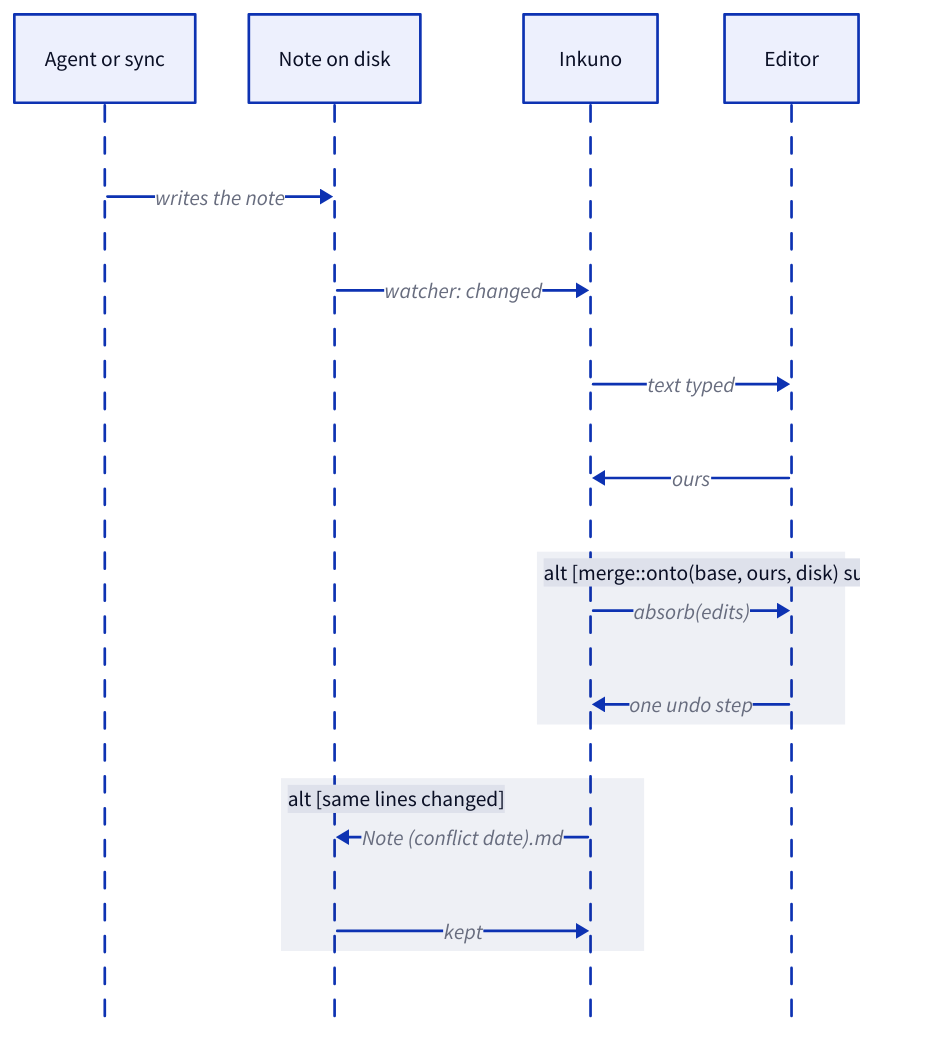
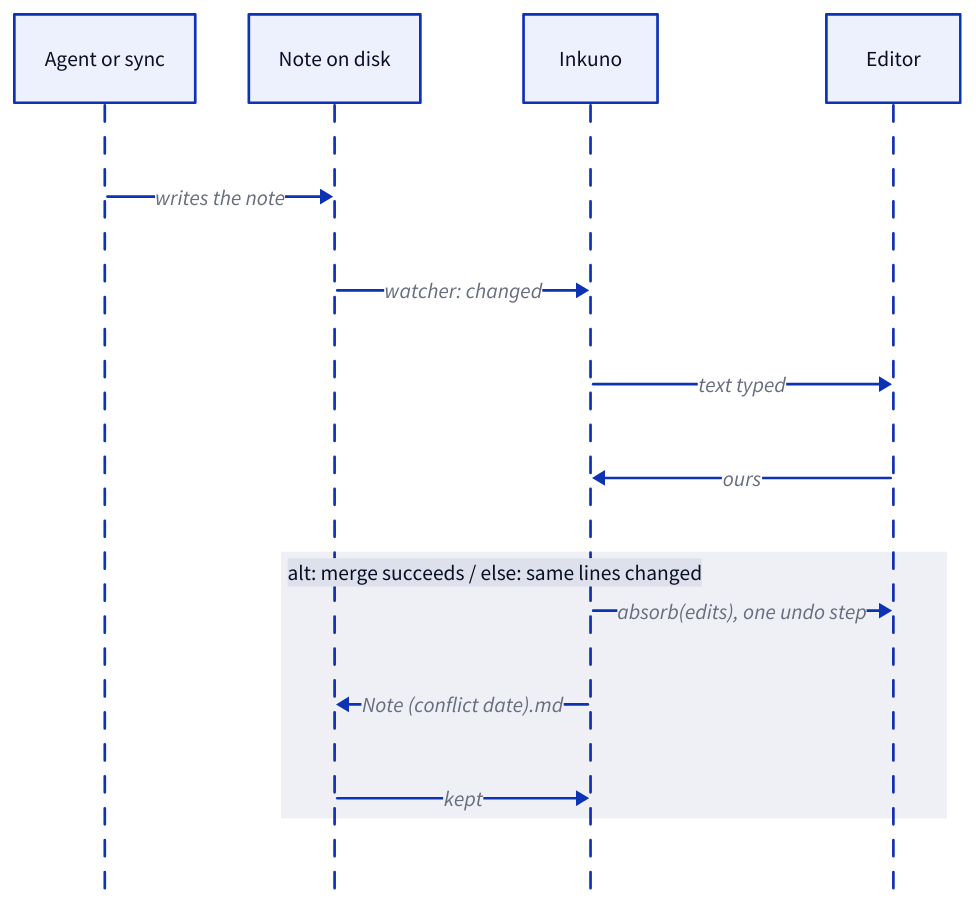
The diagram in docs/diagrams/note-written-elsewhere.d2 (kolisachint/inkuno), drawn with D2 before and after one commit. The commit also changed 3 other files, not shown here.

First line of the commit message:
docs: describe the background autosave and fix the conflict diagram

```diff
--- a/docs/diagrams/note-written-elsewhere.d2
+++ b/docs/diagrams/note-written-elsewhere.d2
@@ -1,22 +1,19 @@
 # A note written by another program while it is typed in: merged, or kept as a conflict copy.
 shape: sequence_diagram
 
 agent: "Agent or sync"
 disk: "Note on disk"
 ink: "Inkuno"
 editor: "Editor"
 
 agent -> disk: writes the note
 disk -> ink: watcher: changed
 ink -> editor: text typed
 editor -> ink: ours
 
-"alt [merge::onto(base, ours, disk) succeeds]": {
-  ink -> editor: absorb(edits)
-  editor -> ink: one undo step
-}
-
-"alt [same lines changed]": {
+"alt: merge succeeds / else: same lines changed": {
+  ink -> editor: absorb(edits), one undo step
+  # else: same lines changed (d2 has no else; these messages are the alternative)
   ink -> disk: Note (conflict date).md
   disk -> ink: kept
 }
```
